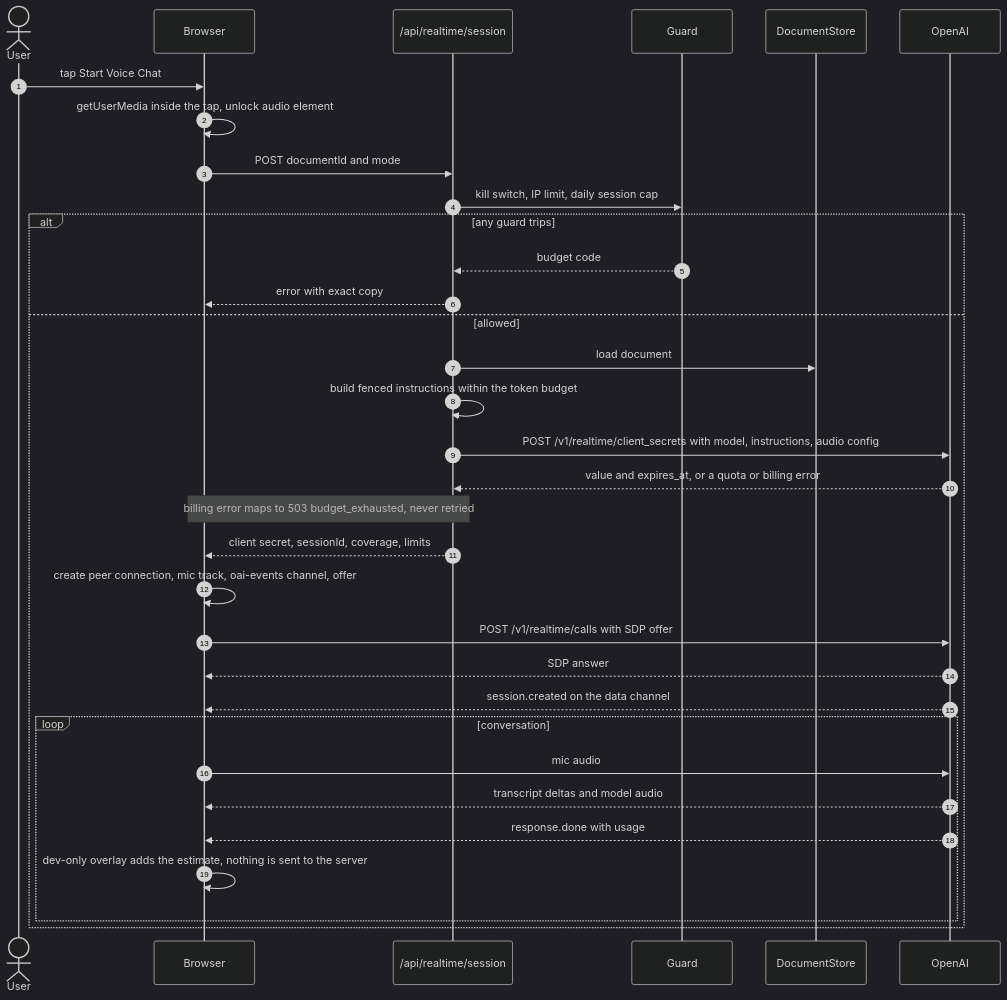
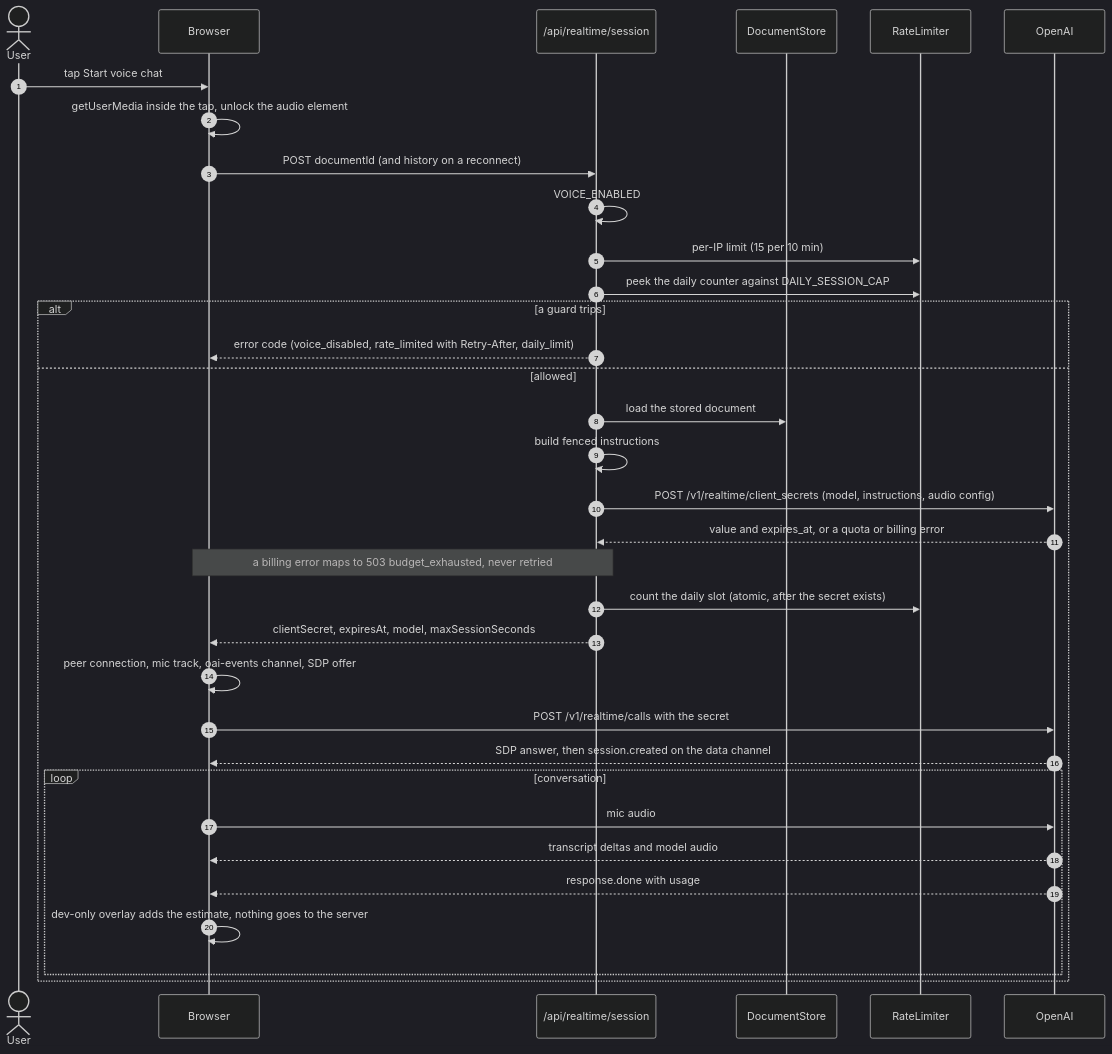
The third of 5 diagrams in docs/ARCHITECTURE.md (Otm02/talk-to-doc), drawn with Mermaid (dark theme) before and after one commit. The commit also changed other lines of this file and 6 other files, not shown here.

Commit message:
docs(submission): README, AI workflow, architecture sync (P18) (#29)

````diff
--- a/docs/ARCHITECTURE.md
+++ b/docs/ARCHITECTURE.md
@@ -253,35 +248,36 @@
 ```mermaid
 sequenceDiagram
     autonumber
     actor U as User
     participant B as Browser
     participant SE as /api/realtime/session
-    participant G as Guard
     participant DS as DocumentStore
+    participant RL as RateLimiter
     participant OA as OpenAI
-    U->>B: tap Start Voice Chat
-    B->>B: getUserMedia inside the tap, unlock audio element
-    B->>SE: POST documentId and mode
-    SE->>G: kill switch, IP limit, daily session cap
-    alt any guard trips
-        G-->>SE: budget code
-        SE-->>B: error with exact copy
+    U->>B: tap Start voice chat
+    B->>B: getUserMedia inside the tap, unlock the audio element
+    B->>SE: POST documentId (and history on a reconnect)
+    SE->>SE: VOICE_ENABLED
+    SE->>RL: per-IP limit (15 per 10 min)
+    SE->>RL: peek the daily counter against DAILY_SESSION_CAP
+    alt a guard trips
+        SE-->>B: error code (voice_disabled, rate_limited with Retry-After, daily_limit)
     else allowed
-        SE->>DS: load document
-        SE->>SE: build fenced instructions within the token budget
-        SE->>OA: POST /v1/realtime/client_secrets with model, instructions, audio config
+        SE->>DS: load the stored document
+        SE->>SE: build fenced instructions
+        SE->>OA: POST /v1/realtime/client_secrets (model, instructions, audio config)
         OA-->>SE: value and expires_at, or a quota or billing error
-        Note over SE,B: billing error maps to 503 budget_exhausted, never retried
-        SE-->>B: client secret, sessionId, coverage, limits
-        B->>B: create peer connection, mic track, oai-events channel, offer
-        B->>OA: POST /v1/realtime/calls with SDP offer
-        OA-->>B: SDP answer
-        OA-->>B: session.created on the data channel
+        Note over SE,B: a billing error maps to 503 budget_exhausted, never retried
+        SE->>RL: count the daily slot (atomic, after the secret exists)
+        SE-->>B: clientSecret, expiresAt, model, maxSessionSeconds
+        B->>B: peer connection, mic track, oai-events channel, SDP offer
+        B->>OA: POST /v1/realtime/calls with the secret
+        OA-->>B: SDP answer, then session.created on the data channel
         loop conversation
             B->>OA: mic audio
             OA-->>B: transcript deltas and model audio
             OA-->>B: response.done with usage
-            B->>B: dev-only overlay adds the estimate, nothing is sent to the server
+            B->>B: dev-only overlay adds the estimate, nothing goes to the server
         end
     end
 ```
````
